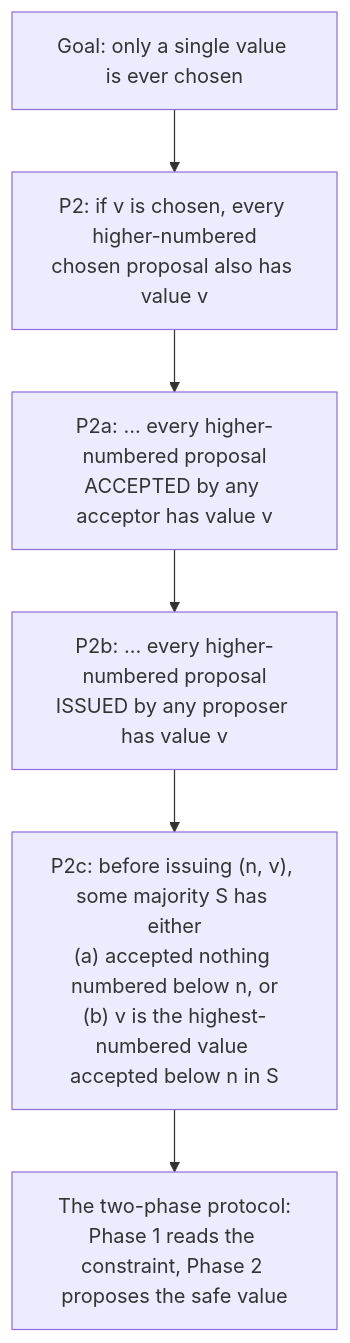
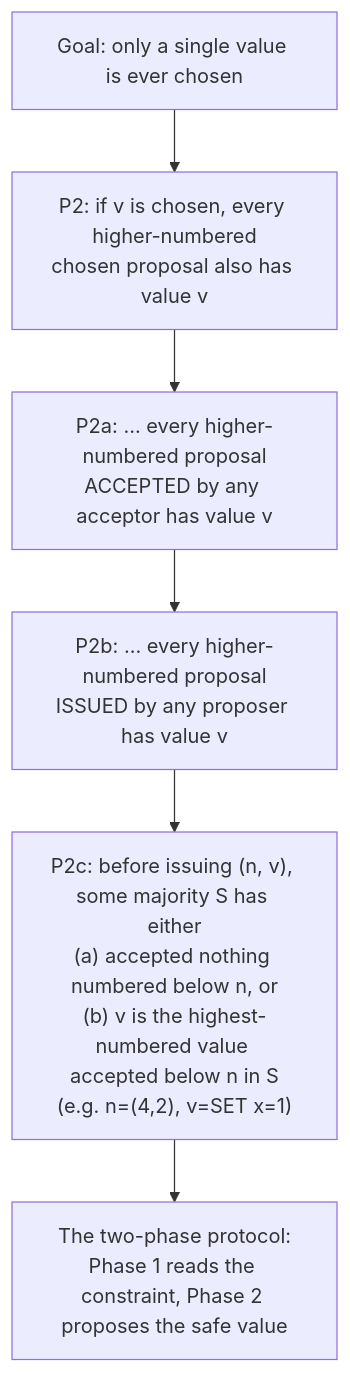
Before and after one commit to PierreZ/paros: the second of 2 diagrams in book/src/safety.md, drawn with Mermaid. The commit also changed other lines of this file and 5 other files, not shown here.

````diff
--- a/book/src/safety.md
+++ b/book/src/safety.md
@@ -63,10 +63,10 @@
 ```mermaid
 flowchart TD
     SAFE["Goal: only a single value is ever chosen"]
     P2["P2: if v is chosen, every higher-numbered<br/>chosen proposal also has value v"]
     P2A["P2a: ... every higher-numbered proposal<br/>ACCEPTED by any acceptor has value v"]
     P2B["P2b: ... every higher-numbered proposal<br/>ISSUED by any proposer has value v"]
-    P2C["P2c: before issuing (n, v), some majority S has either<br/>(a) accepted nothing numbered below n, or<br/>(b) v is the highest-numbered value accepted below n in S"]
+    P2C["P2c: before issuing (n, v), some majority S has either<br/>(a) accepted nothing numbered below n, or<br/>(b) v is the highest-numbered value accepted below n in S<br/>(e.g. n=(4,2), v=SET x=1)"]
     PROTO["The two-phase protocol:<br/>Phase 1 reads the constraint, Phase 2 proposes the safe value"]
     SAFE --> P2 --> P2A --> P2B --> P2C --> PROTO
 ```
````
